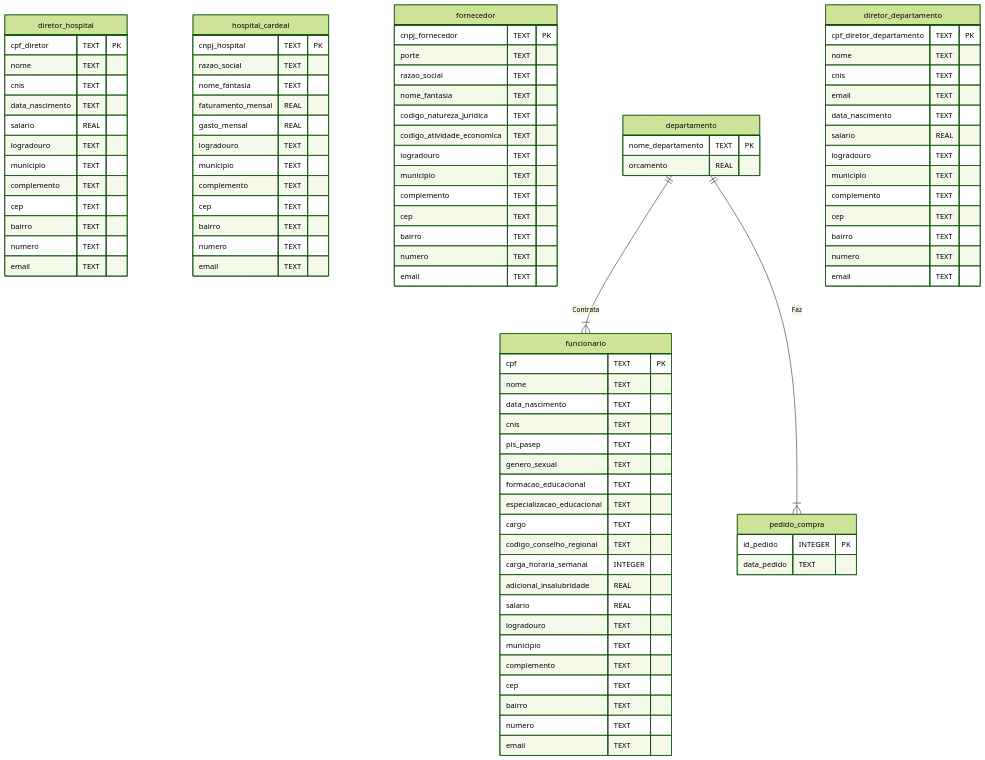
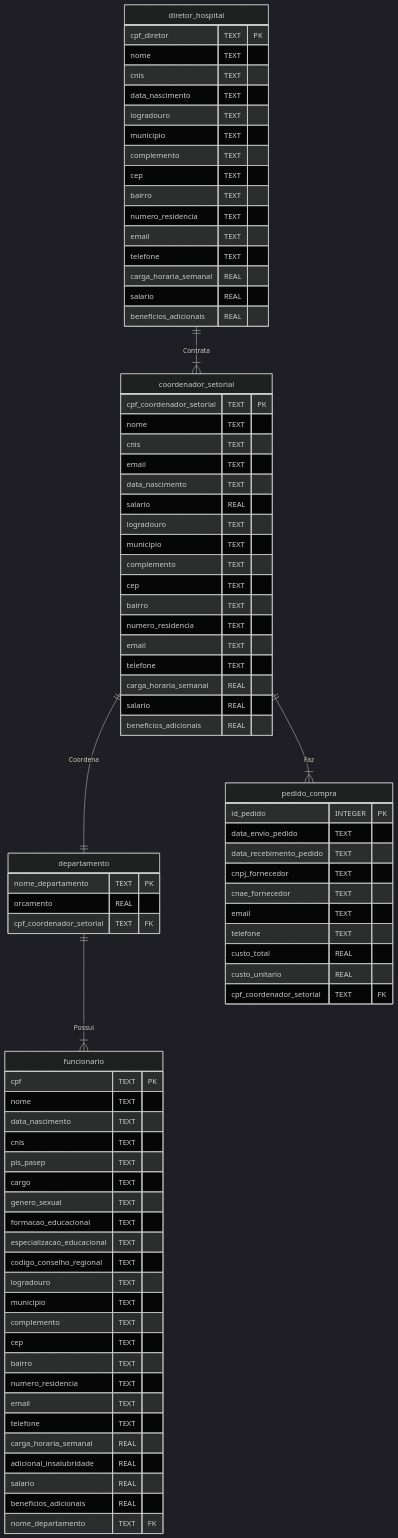
One commit to MarvinSilcGit/Sqlite changed the diagram in Hospital Cardeal/README.md. Above: the diagram before and after it, drawn with Mermaid. The commit also changed 1 other file, not shown here.

Commit message:
Fixing minor errors

````diff
--- a/Hospital Cardeal/README.md
+++ b/Hospital Cardeal/README.md
@@ -4,69 +4,30 @@
 ```mermaid
 ---
 config:
-  theme: forest
+  theme: dark
 ---
-
 erDiagram
 
 diretor_hospital{
-    
     cpf_diretor TEXT PK
     nome TEXT
     cnis TEXT
     data_nascimento TEXT
-    salario REAL
     logradouro TEXT
     municipio TEXT
     complemento TEXT
     cep TEXT
     bairro TEXT
-    numero TEXT
+    numero_residencia TEXT
     email TEXT
+    telefone TEXT
+    carga_horaria_semanal REAL
+    salario REAL
+    beneficios_adicionais REAL
 }
 
-hospital_cardeal{ 
-    
-    cnpj_hospital TEXT PK
-    razao_social TEXT
-    nome_fantasia TEXT
-    faturamento_mensal REAL
-    gasto_mensal REAL
-    logradouro TEXT
-    municipio TEXT
-    complemento TEXT
-    cep TEXT
-    bairro TEXT
-    numero TEXT
-    email TEXT
-}
-
-fornecedor{ 
-    
-    cnpj_fornecedor TEXT PK
-    porte TEXT
-    razao_social TEXT
-    nome_fantasia TEXT
-    codigo_natureza_juridica TEXT
-    codigo_atividade_economica TEXT
-    logradouro TEXT
-    municipio TEXT
-    complemento TEXT
-    cep TEXT
-    bairro TEXT
-    numero TEXT
-    email TEXT
-}
-
-departamento{
-    
-    nome_departamento TEXT PK
-    orcamento REAL
-}
-
-diretor_departamento{
-    
-    cpf_diretor_departamento TEXT PK
+coordenador_setorial{
+    cpf_coordenador_setorial TEXT PK
     nome TEXT
     cnis TEXT
     email TEXT
@@ -77,41 +38,63 @@
     complemento TEXT
     cep TEXT
     bairro TEXT
-    numero TEXT
+    numero_residencia TEXT
     email TEXT
+    telefone TEXT
+    carga_horaria_semanal REAL
+    salario REAL
+    beneficios_adicionais REAL
+}
+
+
+departamento{
+    nome_departamento TEXT PK
+    orcamento REAL
+    cpf_coordenador_setorial TEXT FK
 }
 
 funcionario{
-    
     cpf TEXT PK
     nome TEXT
     data_nascimento TEXT   
     cnis TEXT
     pis_pasep TEXT
+    cargo TEXT
     genero_sexual TEXT
     formacao_educacional TEXT
     especializacao_educacional TEXT
-    cargo TEXT
     codigo_conselho_regional TEXT
-    carga_horaria_semanal INTEGER
-    adicional_insalubridade REAL
-    salario REAL
     logradouro TEXT
     municipio TEXT
     complemento TEXT
     cep TEXT
     bairro TEXT
-    numero TEXT
+    numero_residencia TEXT
     email TEXT
+    telefone TEXT
+    carga_horaria_semanal REAL
+    adicional_insalubridade REAL
+    salario REAL
+    beneficios_adicionais REAL
+    nome_departamento TEXT FK
 }
 
 pedido_compra{
+    id_pedido INTEGER PK
+    data_envio_pedido TEXT
+    data_recebimento_pedido TEXT
+    cnpj_fornecedor TEXT
+    cnae_fornecedor TEXT
+    email TEXT
+    telefone TEXT
+    custo_total REAL
+    custo_unitario REAL
+    cpf_coordenador_setorial TEXT FK
 
-    id_pedido INTEGER PK
-    data_pedido TEXT
-    
 }
 
-departamento ||--|{ funcionario: Contrata
-departamento ||--|{pedido_compra: Faz
+diretor_hospital ||--|{ coordenador_setorial: Contrata
+coordenador_setorial ||--|{ pedido_compra: Faz
+coordenador_setorial ||--|| departamento: Coordena
+departamento ||--|{ funcionario: Possui
 ```
````
